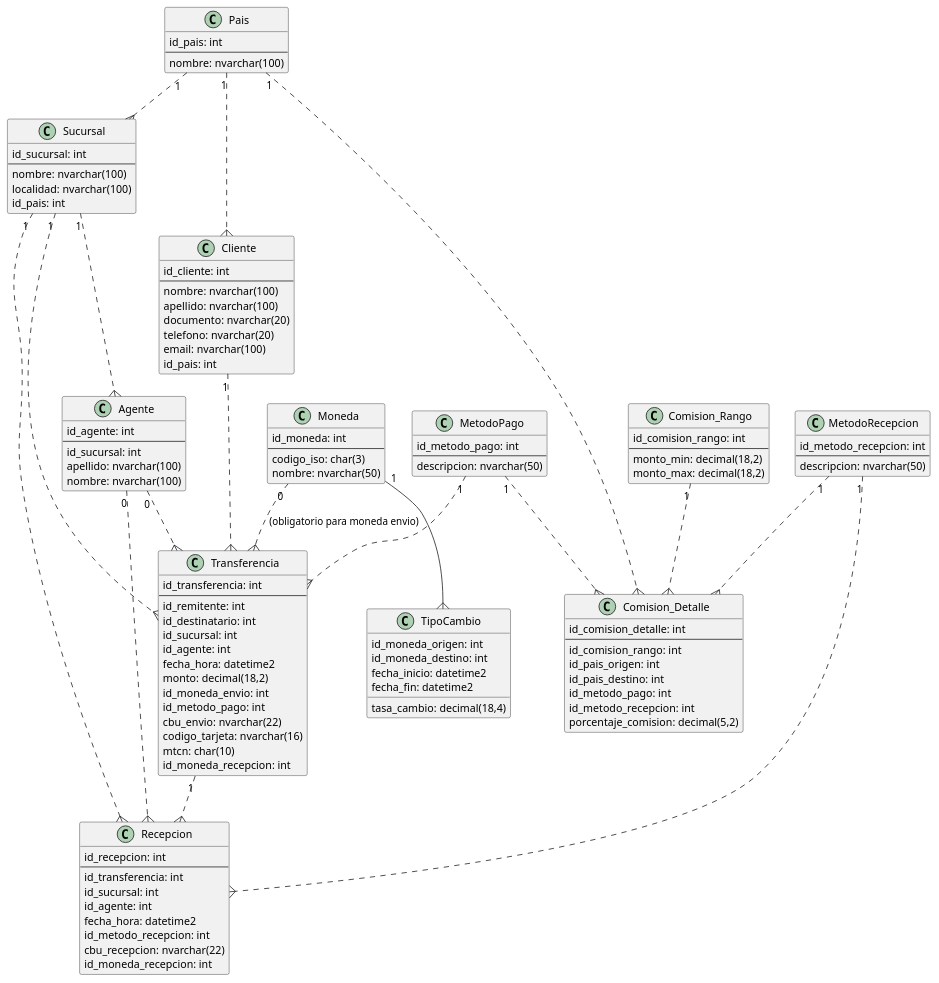
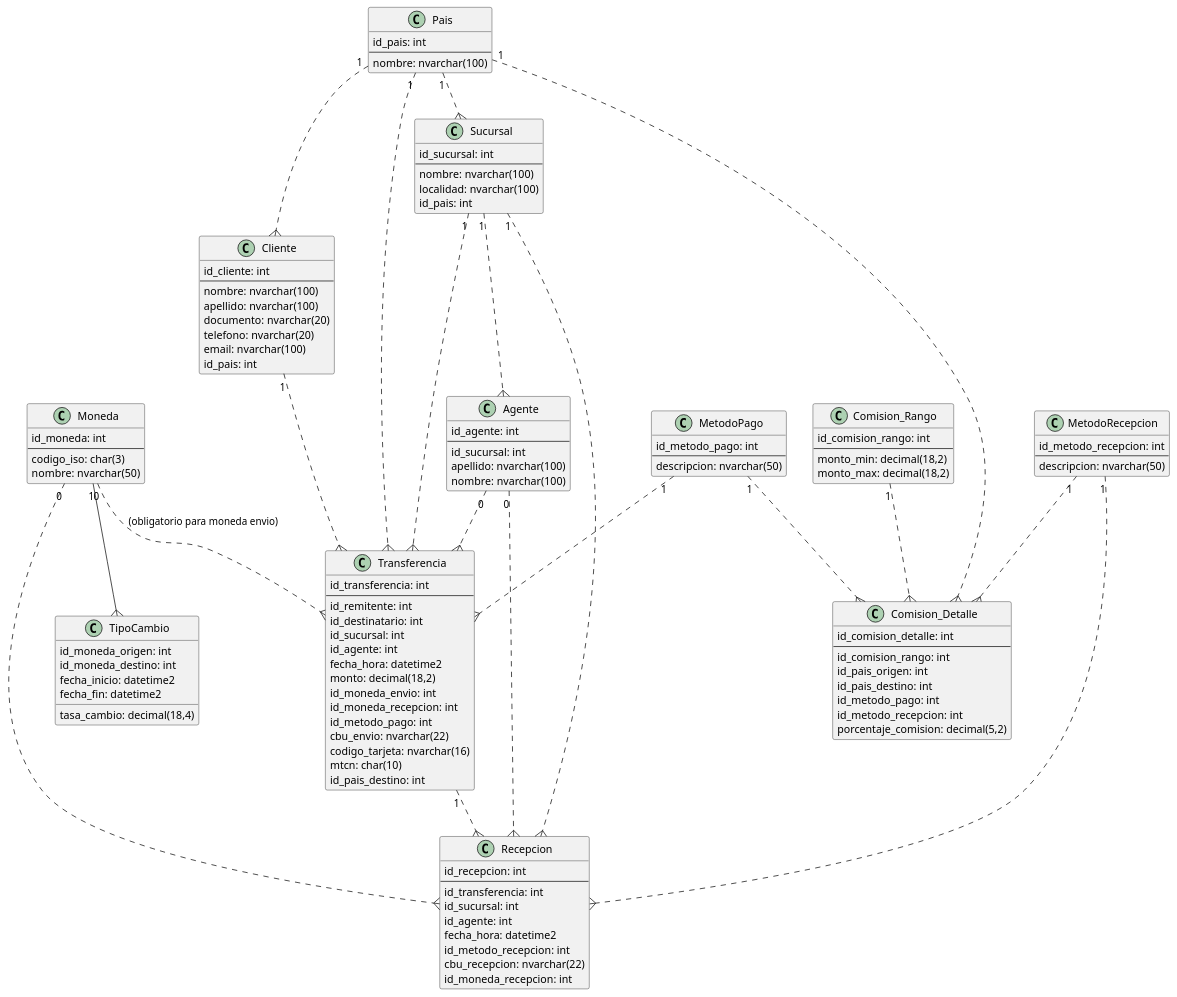
The diagram in FINAL/FinalOliveto.puml (JesusOliveto/EXAMEN-FINAL-SBD2025), drawn with PlantUML before and after one commit. The commit also changed 1 other file, not shown here.

```diff
--- a/FINAL/FinalOliveto.puml
+++ b/FINAL/FinalOliveto.puml
@@ -144,128 +144,131 @@
 @startuml
 
 class Cliente {
     id_cliente: int
     --
     nombre: nvarchar(100)
     apellido: nvarchar(100)
     documento: nvarchar(20)
     telefono: nvarchar(20)
     email: nvarchar(100)
     id_pais: int
 }
 
 class Pais {
     id_pais: int
     --
     nombre: nvarchar(100)
 }
 
 class Sucursal {
     id_sucursal: int
     --
     nombre: nvarchar(100)
     localidad: nvarchar(100)
     id_pais: int
 }
 
 class Agente{
     id_agente: int
     --
     id_sucursal: int
     apellido: nvarchar(100)
     nombre: nvarchar(100)
 }
 
 class Moneda {
     id_moneda: int
     --
     codigo_iso: char(3)
     nombre: nvarchar(50)
 }
 
 class MetodoPago {
     id_metodo_pago: int
     --
     descripcion: nvarchar(50)
 }
 
 class MetodoRecepcion {
     id_metodo_recepcion: int
     --
     descripcion: nvarchar(50)
 }
 
 class Transferencia {
     id_transferencia: int
     --
     id_remitente: int
     id_destinatario: int
     id_sucursal: int
     id_agente: int
     fecha_hora: datetime2
     monto: decimal(18,2)
     id_moneda_envio: int
+    id_moneda_recepcion: int
     id_metodo_pago: int
     cbu_envio: nvarchar(22)
     codigo_tarjeta: nvarchar(16)
     mtcn: char(10)
-    id_moneda_recepcion: int
+    id_pais_destino: int
 }
 
 class Recepcion {
     id_recepcion: int
     --
     id_transferencia: int
     id_sucursal: int
     id_agente: int
     fecha_hora: datetime2
     id_metodo_recepcion: int
     cbu_recepcion: nvarchar(22)
     id_moneda_recepcion: int
 }
 
 class TipoCambio {
     id_moneda_origen: int
     id_moneda_destino: int
     fecha_inicio: datetime2
     fecha_fin: datetime2
     tasa_cambio: decimal(18,4)
 }
 
 class Comision_Rango {
     id_comision_rango: int
     --
     monto_min: decimal(18,2)
     monto_max: decimal(18,2)
 }
 
 class Comision_Detalle {
     id_comision_detalle: int
     --
     id_comision_rango: int
     id_pais_origen: int
     id_pais_destino: int
     id_metodo_pago: int
     id_metodo_recepcion: int
     porcentaje_comision: decimal(5,2)
 }
 
 Pais "1" ..{ Sucursal
 Sucursal "1" ..{ Agente
 Sucursal "1" ..{ Transferencia
 Cliente "1" ..{ Transferencia
 Agente "0" ..{ Transferencia
 Moneda "0" ..{ Transferencia : (obligatorio para moneda envio)
 MetodoPago "1" ..{ Transferencia
 Transferencia "1" ..{ Recepcion
 Sucursal "1" ..{ Recepcion
 Agente "0" ..{ Recepcion
 MetodoRecepcion "1" ..{ Recepcion
 Moneda "1"--{ TipoCambio
 Comision_Rango "1" ..{ Comision_Detalle
 Pais "1" ..{ Comision_Detalle
 MetodoPago "1" ..{ Comision_Detalle
 MetodoRecepcion "1" ..{ Comision_Detalle
 Pais "1" ..{ Cliente
+Pais "1" ..{ Transferencia
+Moneda "0" ..{ Recepcion
 
 @enduml
```
